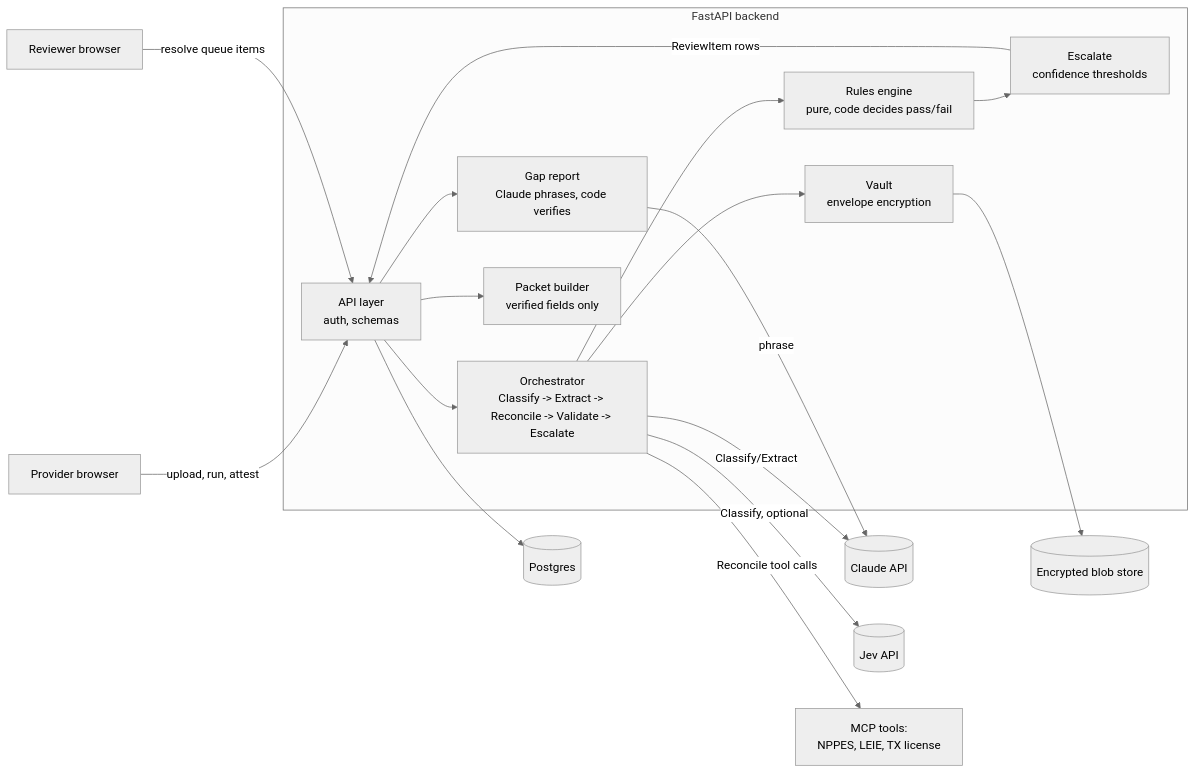
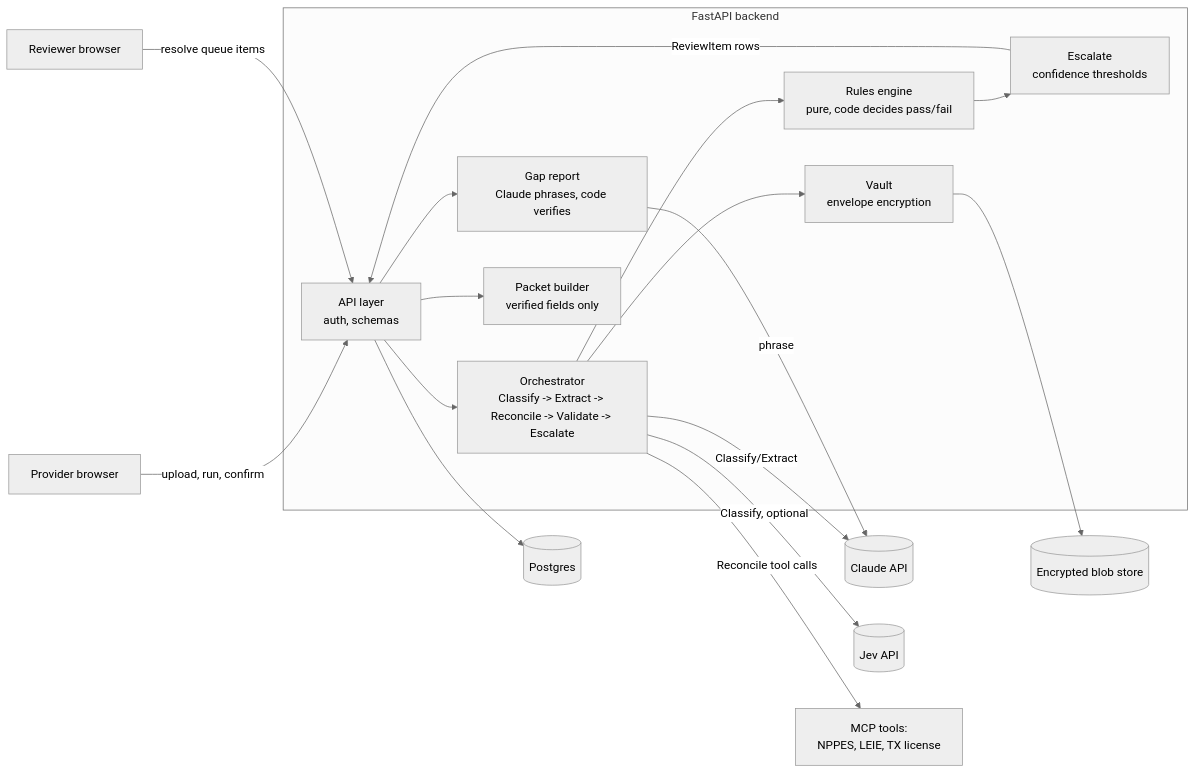
One commit to sakthiharisht/nexus-clear changed the diagram in README.md. Above: the diagram before and after it, drawn with Mermaid (neutral theme). The commit also changed other lines of this file and 12 other files, not shown here.

````diff
--- a/README.md
+++ b/README.md
@@ -24,30 +29,30 @@
 ```mermaid
 flowchart LR
-    Provider[Provider browser] -->|upload, run, attest| API
+    Provider[Provider browser] -->|upload, run, confirm| API
     Reviewer[Reviewer browser] -->|resolve queue items| API
 
     subgraph Backend [FastAPI backend]
         API[API layer<br/>auth, schemas]
         Orchestrator[Orchestrator<br/>Classify -> Extract -> Reconcile -> Validate -> Escalate]
         Rules[Rules engine<br/>pure, code decides pass/fail]
         Escalate[Escalate<br/>confidence thresholds]
         Report[Gap report<br/>Claude phrases, code verifies]
         Packet[Packet builder<br/>verified fields only]
         Vault[Vault<br/>envelope encryption]
     end
 
     API --> Orchestrator
     Orchestrator --> Vault
     Orchestrator -->|Classify/Extract| Claude[(Claude API)]
     Orchestrator -->|Classify, optional| Jev[(Jev API)]
     Orchestrator -->|Reconcile tool calls| MCP[MCP tools:<br/>NPPES, LEIE, TX license]
     Orchestrator --> Rules
     Rules --> Escalate
     Escalate -->|ReviewItem rows| API
     API --> Report
     Report -->|phrase| Claude
     API --> Packet
 
     API --> DB[(Postgres)]
     Vault --> Blobs[(Encrypted blob store)]
 ```
````
